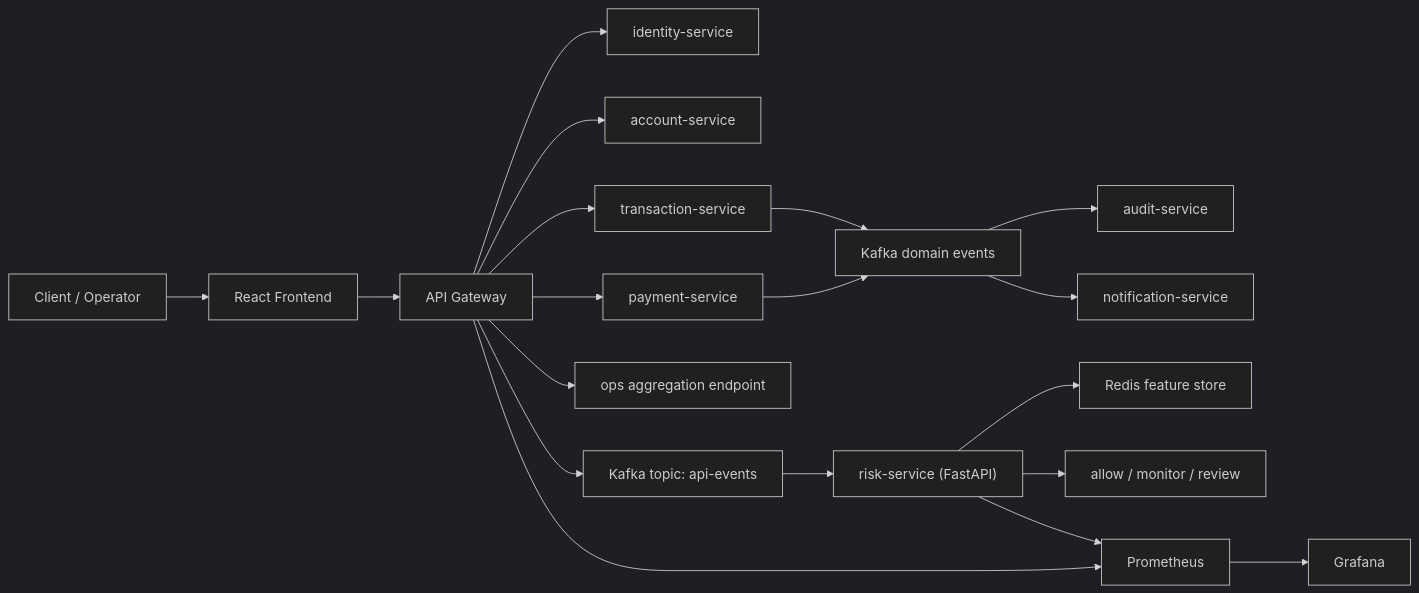
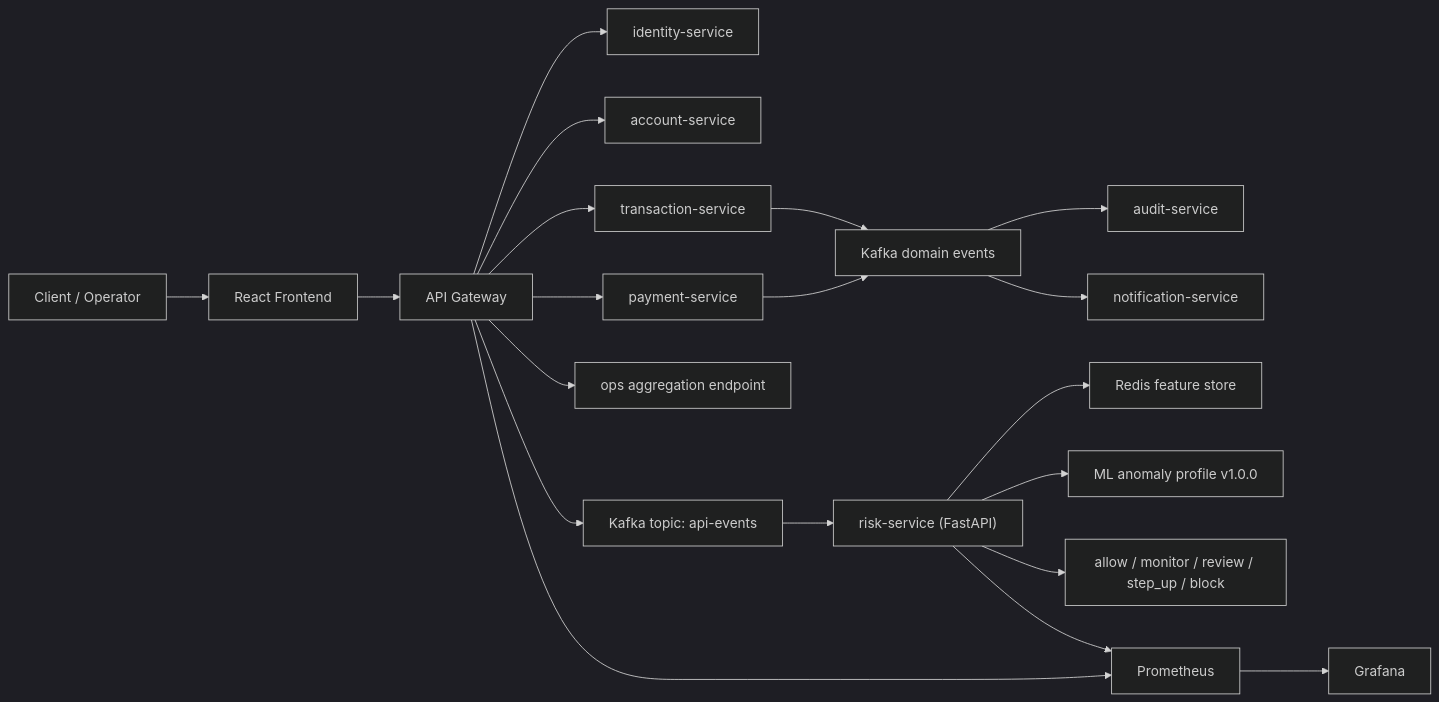
One commit to mrozmen7/gateway changed the second of 2 diagrams in README.md. Above: the diagram before and after it, drawn with Mermaid (dark theme). The commit also changed other lines of this file and 19 other files, not shown here.

Commit message:
feat: add ai anomaly risk scoring

````diff
--- a/README.md
+++ b/README.md
@@ -458,21 +486,22 @@
 ```mermaid
 flowchart LR
   User["Client / Operator"] --> Frontend["React Frontend"]
   Frontend --> Gateway["API Gateway"]
   Gateway --> Identity["identity-service"]
   Gateway --> Account["account-service"]
   Gateway --> Transaction["transaction-service"]
   Gateway --> Payment["payment-service"]
   Gateway --> Ops["ops aggregation endpoint"]
   Gateway --> Kafka["Kafka topic: api-events"]
   Kafka --> Risk["risk-service (FastAPI)"]
   Risk --> Redis["Redis feature store"]
-  Risk --> Decisions["allow / monitor / review"]
+  Risk --> Model["ML anomaly profile v1.0.0"]
+  Risk --> Decisions["allow / monitor / review / step_up / block"]
   Transaction --> DomainKafka["Kafka domain events"]
   Payment --> DomainKafka
   DomainKafka --> Audit["audit-service"]
   DomainKafka --> Notification["notification-service"]
   Prometheus["Prometheus"] --> Grafana["Grafana"]
   Gateway --> Prometheus
   Risk --> Prometheus
 ```
````
